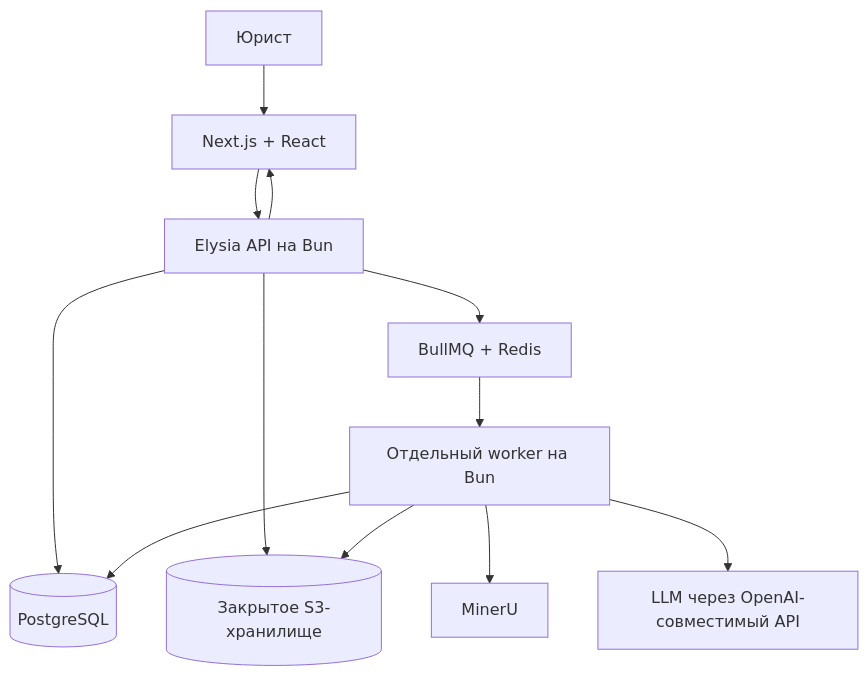
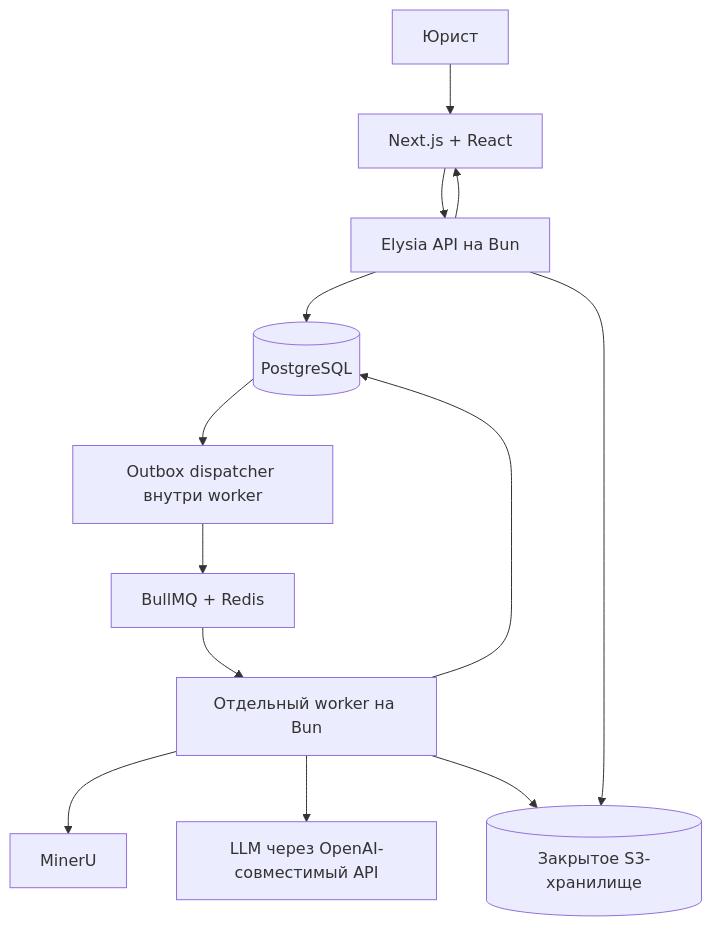
Before and after one commit to kindyakov/anyko: the diagram in docs/architecture.md, drawn with Mermaid. The commit also changed other lines of this file and 113 other files, not shown here.

````diff
--- a/docs/architecture.md
+++ b/docs/architecture.md
@@ -35,14 +40,15 @@
 ```mermaid
 flowchart TD
     U[Юрист] --> W[Next.js + React]
     W --> A[Elysia API на Bun]
     A --> DB[(PostgreSQL)]
     A --> S[(Закрытое S3-хранилище)]
-    A --> Q[BullMQ + Redis]
+    DB --> D[Outbox dispatcher внутри worker]
+    D --> Q[BullMQ + Redis]
     Q --> J[Отдельный worker на Bun]
     J --> M[MinerU]
     J --> L[LLM через OpenAI-совместимый API]
     J --> DB
     J --> S
     A --> W
 ```
````
